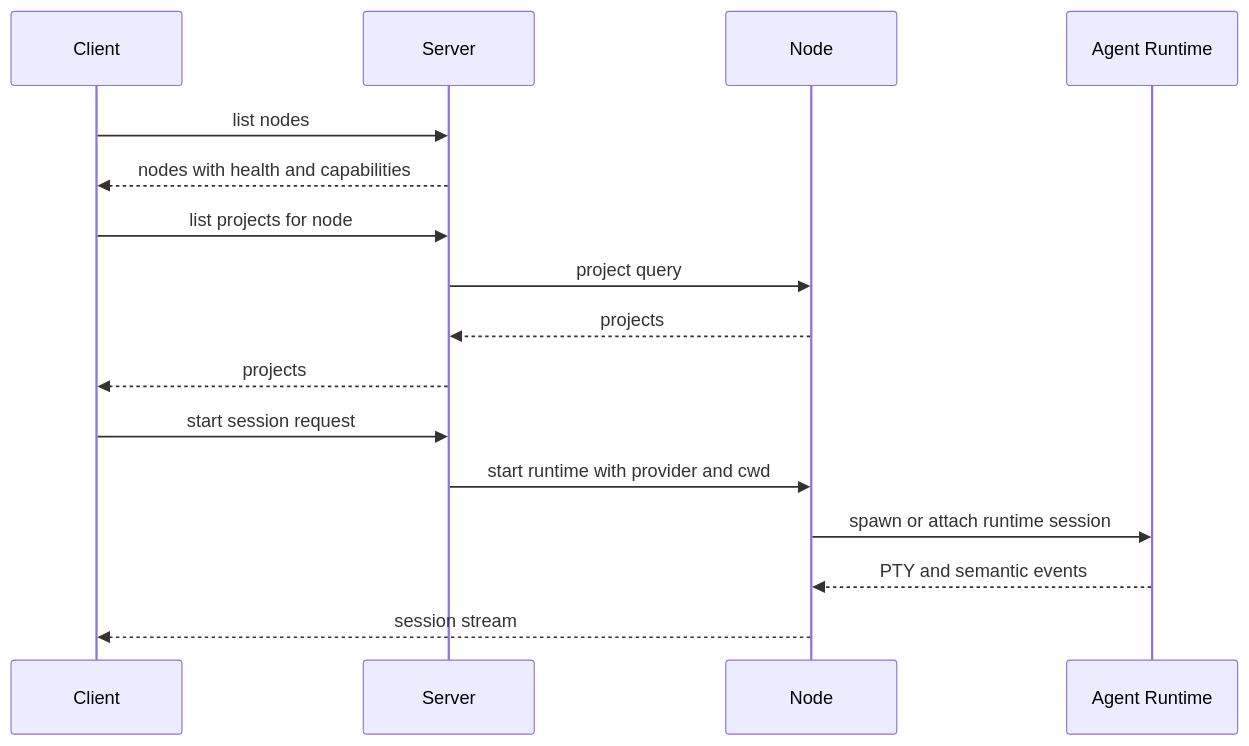
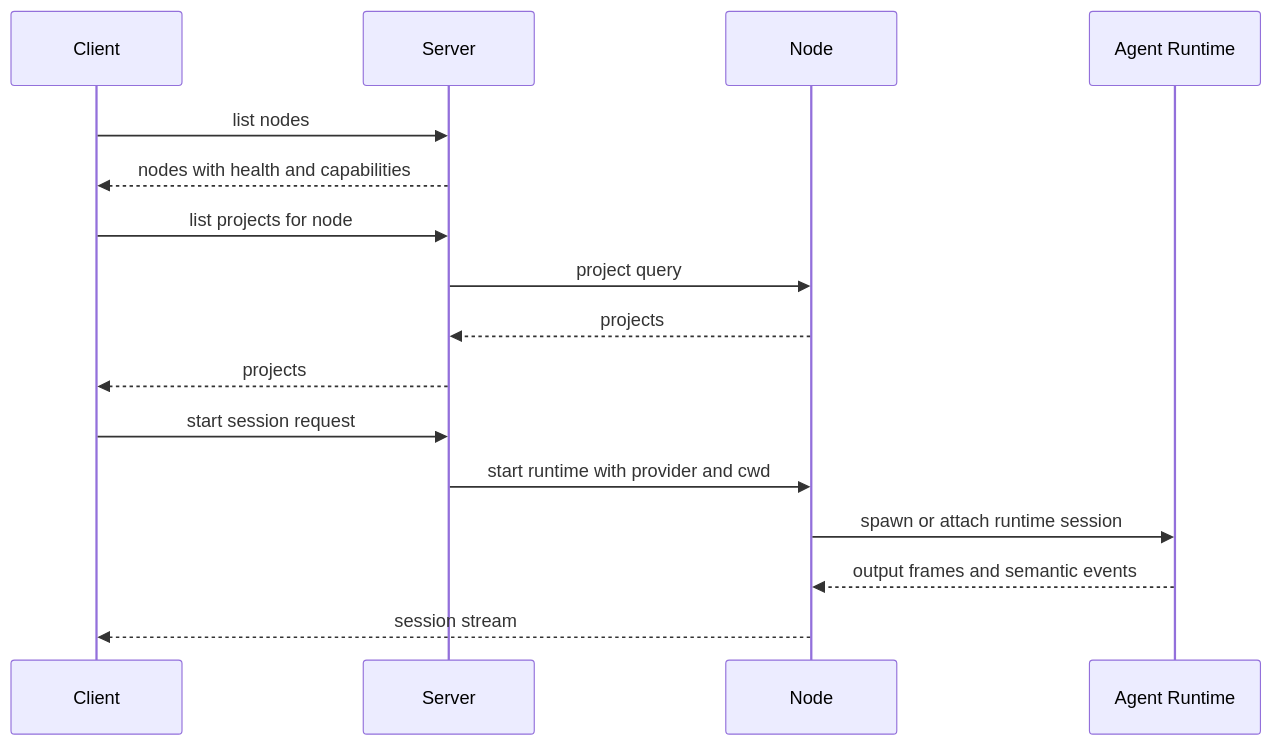
One commit to madou1217/ai_home changed the sixth of 7 diagrams in docs/fabric/02-user-flows.md. Above: the diagram before and after it, drawn with Mermaid. The commit also changed other lines of this file and 15 other files, not shown here.

````diff
--- a/docs/fabric/02-user-flows.md
+++ b/docs/fabric/02-user-flows.md
@@ -150,19 +150,19 @@
 ```mermaid
 sequenceDiagram
   participant C as Client
   participant S as Server
   participant N as Node
   participant A as Agent Runtime
 
   C->>S: list nodes
   S-->>C: nodes with health and capabilities
   C->>S: list projects for node
   S->>N: project query
   N-->>S: projects
   S-->>C: projects
   C->>S: start session request
   S->>N: start runtime with provider and cwd
   N->>A: spawn or attach runtime session
-  A-->>N: PTY and semantic events
+  A-->>N: output frames and semantic events
   N-->>C: session stream
 ```
````
